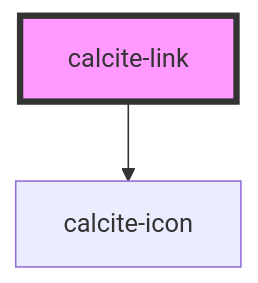
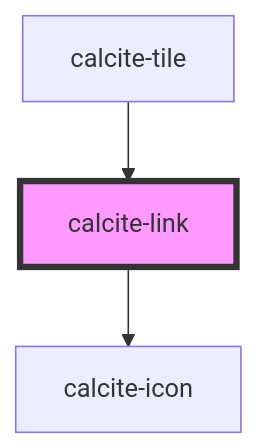
The diagram in src/components/calcite-link/readme.md (vikivakarvc/calcite-design-system), drawn with Mermaid before and after one commit. The commit also changed other lines of this file and 66 other files, not shown here.

````diff
--- a/src/components/calcite-link/readme.md
+++ b/src/components/calcite-link/readme.md
@@ -36,5 +40,6 @@
 ```mermaid
 graph TD;
   calcite-link --> calcite-icon
+  calcite-tile --> calcite-link
   style calcite-link fill:#f9f,stroke:#333,stroke-width:4px
 ```
````
